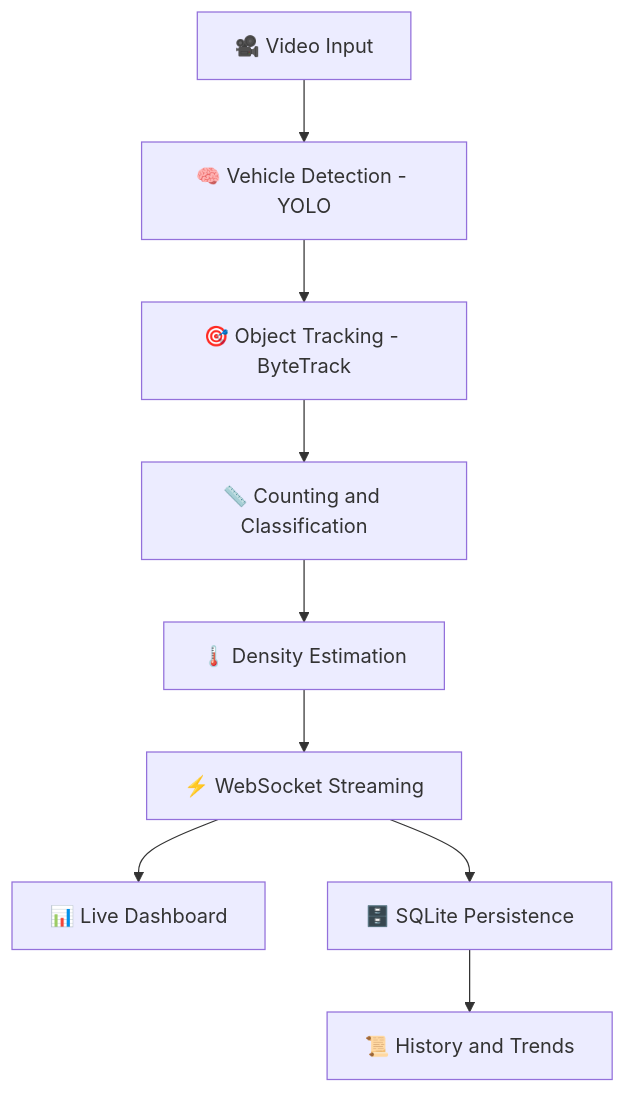
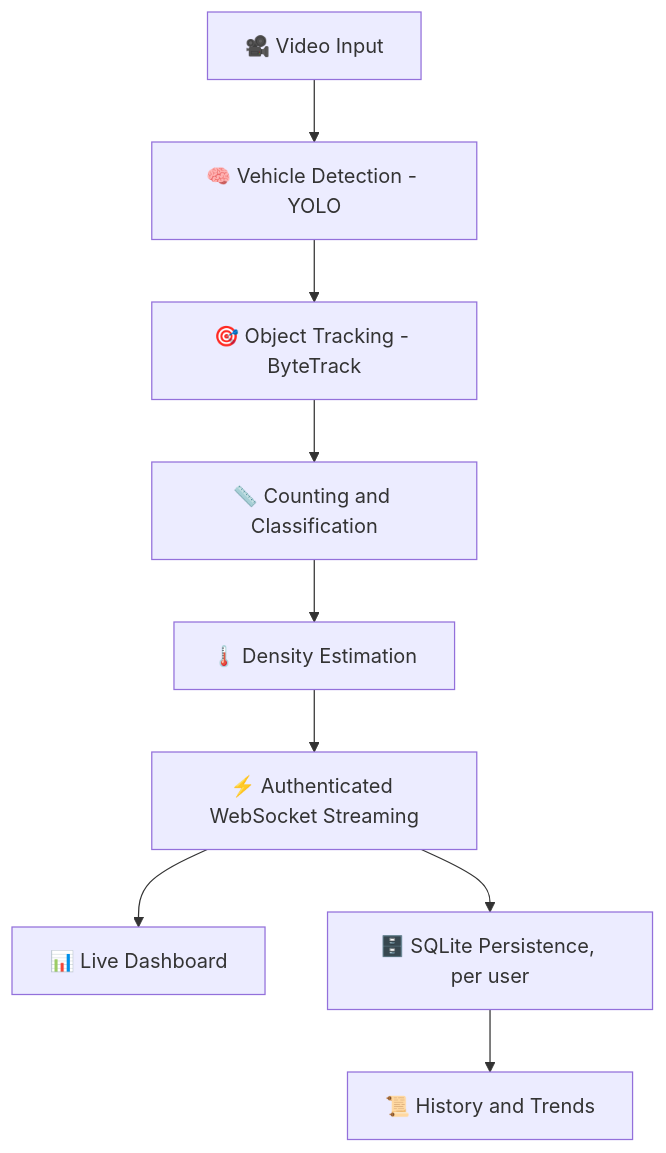
The first of 2 diagrams in README.md (adityyapratapsingh22/YatayatAi), drawn with Mermaid before and after one commit. The commit also changed other lines of this file, not shown here.

````diff
--- a/README.md
+++ b/README.md
@@ -61,11 +65,11 @@
 ```mermaid
 flowchart TD
     A[🎥 Video Input] --> B[🧠 Vehicle Detection - YOLO]
     B --> C[🎯 Object Tracking - ByteTrack]
     C --> D[📏 Counting and Classification]
     D --> E[🌡️ Density Estimation]
-    E --> F[⚡ WebSocket Streaming]
+    E --> F[⚡ Authenticated WebSocket Streaming]
     F --> G[📊 Live Dashboard]
-    F --> H[🗄️ SQLite Persistence]
+    F --> H[🗄️ SQLite Persistence, per user]
     H --> I[📜 History and Trends]
 ```
````
